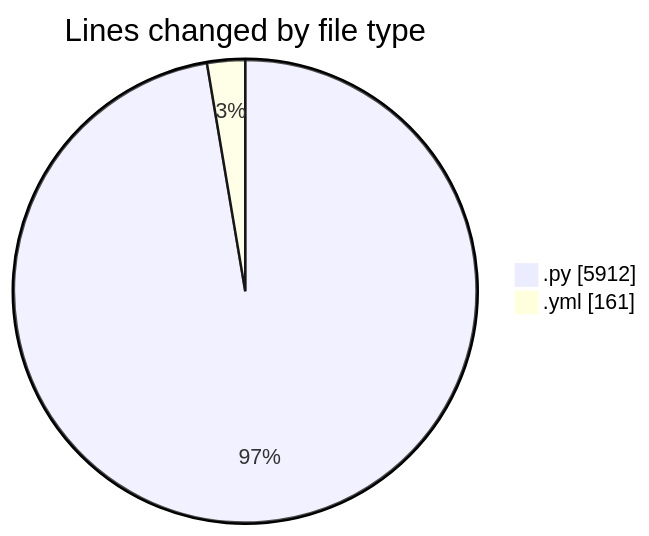
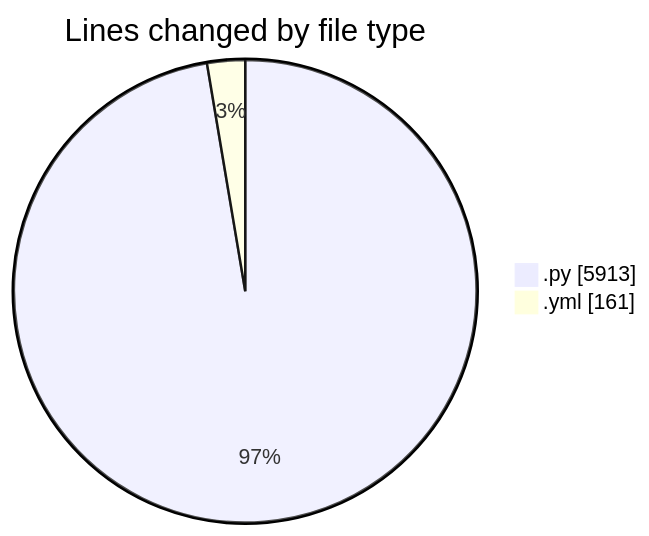
Before and after one commit to julien-gomy/code-tracking: the first of 2 diagrams in 2025-10-15/eventscop-api-guide__workspace_/README.md, drawn with Mermaid. The commit also changed other lines of this file and 1 other file, not shown here.

````diff
--- a/2025-10-15/eventscop-api-guide__workspace_/README.md
+++ b/2025-10-15/eventscop-api-guide__workspace_/README.md
@@ -34,6 +34,6 @@
 ```mermaid
 pie showData
 title Lines changed by file type
-".py" : 5912
+".py" : 5913
 ".yml" : 161
 ```
````
